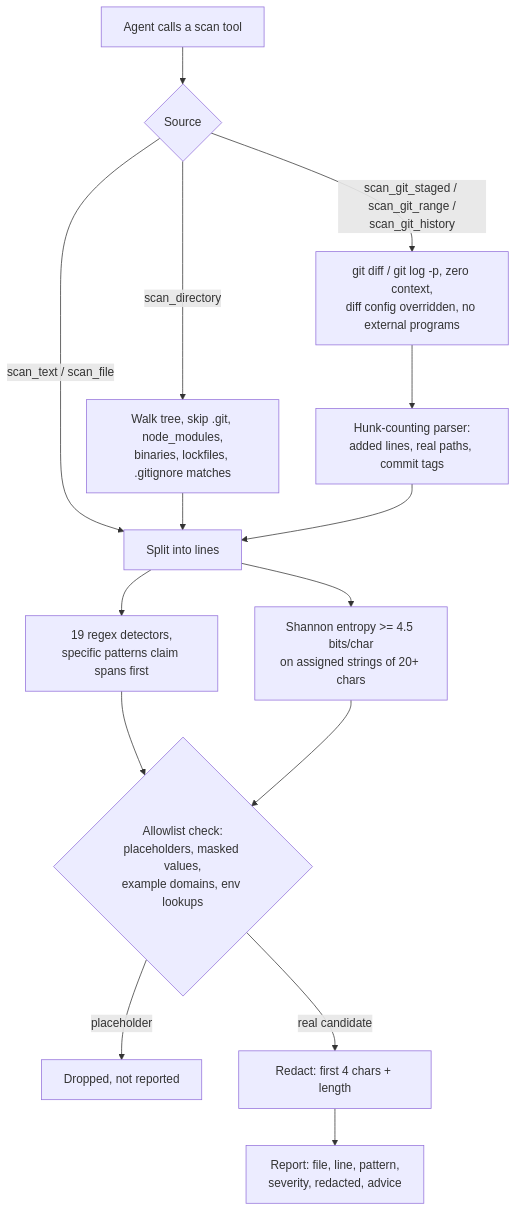
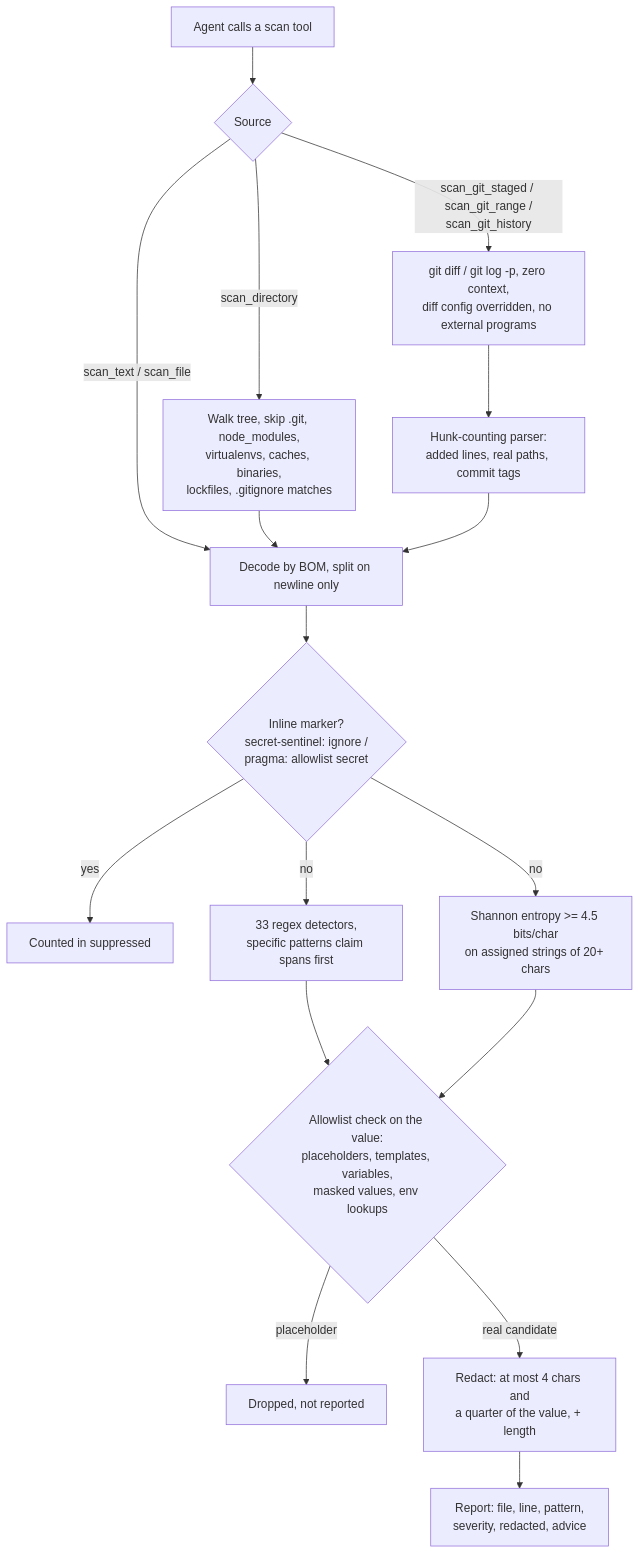
Before and after one commit to AleBrito124356/mcp-secret-sentinel: the diagram in README.md, drawn with Mermaid. The commit also changed other lines of this file and 4 other files, not shown here.

````diff
--- a/README.md
+++ b/README.md
@@ -84,14 +115,16 @@
 ```mermaid
 flowchart TD
     A[Agent calls a scan tool] --> B{Source}
-    B -->|scan_text / scan_file| C[Split into lines]
-    B -->|scan_directory| D[Walk tree, skip .git, node_modules,<br/>binaries, lockfiles, .gitignore matches] --> C
+    B -->|scan_text / scan_file| C[Decode by BOM, split on newline only]
+    B -->|scan_directory| D[Walk tree, skip .git, node_modules,<br/>virtualenvs, caches, binaries,<br/>lockfiles, .gitignore matches] --> C
     B -->|scan_git_staged / scan_git_range /<br/>scan_git_history| E[git diff / git log -p, zero context,<br/>diff config overridden, no external programs] --> P[Hunk-counting parser:<br/>added lines, real paths, commit tags] --> C
-    C --> F[19 regex detectors,<br/>specific patterns claim spans first]
-    C --> G[Shannon entropy >= 4.5 bits/char<br/>on assigned strings of 20+ chars]
-    F --> H{Allowlist check:<br/>placeholders, masked values,<br/>example domains, env lookups}
+    C --> S{Inline marker?<br/>secret-sentinel: ignore /<br/>pragma: allowlist secret}
+    S -->|yes| U[Counted in suppressed]
+    S -->|no| F[33 regex detectors,<br/>specific patterns claim spans first]
+    S -->|no| G[Shannon entropy >= 4.5 bits/char<br/>on assigned strings of 20+ chars]
+    F --> H{Allowlist check on the value:<br/>placeholders, templates, variables,<br/>masked values, env lookups}
     G --> H
     H -->|placeholder| I[Dropped, not reported]
-    H -->|real candidate| J[Redact: first 4 chars + length]
+    H -->|real candidate| J[Redact: at most 4 chars and<br/>a quarter of the value, + length]
     J --> K[Report: file, line, pattern,<br/>severity, redacted, advice]
 ```
````
